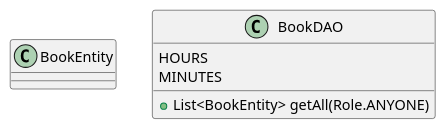
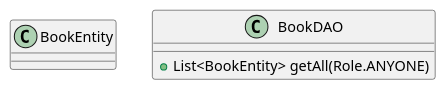
Before and after one commit to 73N37/BookAPI: the diagram in src/main/java/T3N3T/Diagram/BookClass.puml, drawn with PlantUML. The commit also changed 2 other files, not shown here.

```diff
--- a/src/main/java/T3N3T/Diagram/BookClass.puml
+++ b/src/main/java/T3N3T/Diagram/BookClass.puml
@@ -1,16 +1,15 @@
 @startuml
 'https://plantuml.com/class-diagram
 
 class BookEntity
 class BookDAO
 
 class BookDAO {
 + List<BookEntity> getAll(Role.ANYONE)
-HOURS
-MINUTES
+
 }
 
 class BookEntity{
 }
 
 @enduml
```
